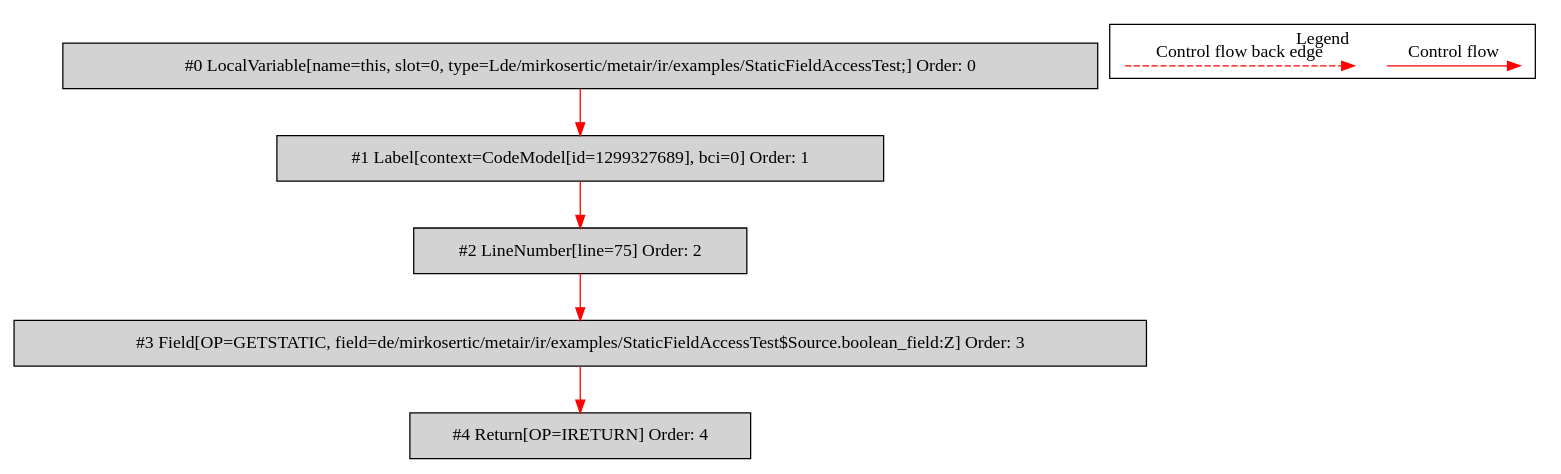
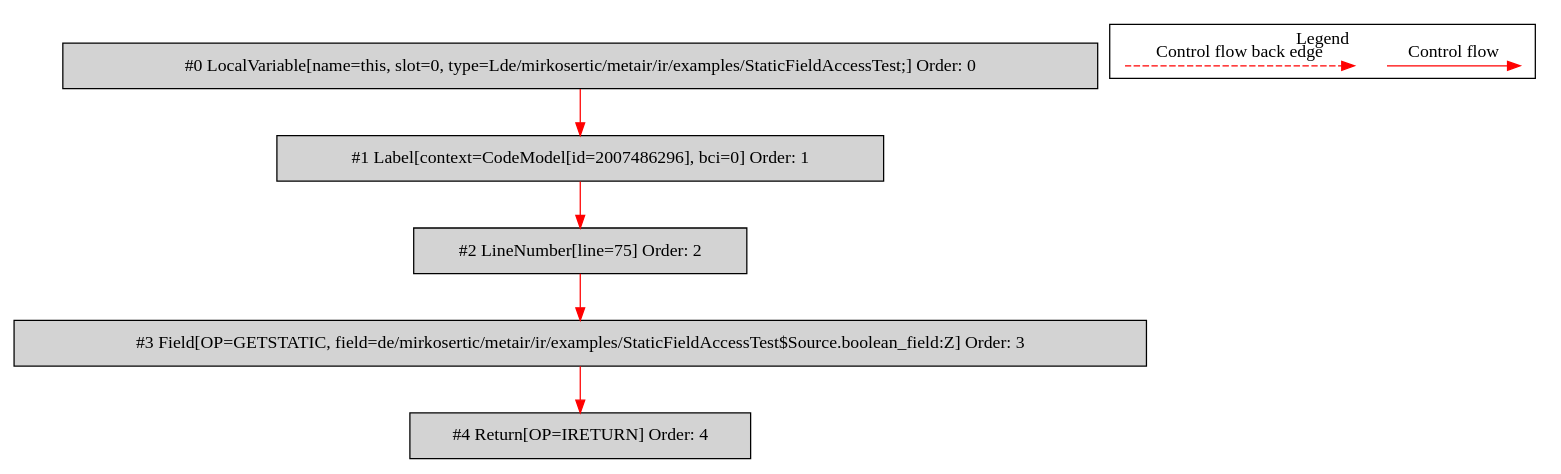
One commit to mirkosertic/MetaIR changed the diagram in de.mirkosertic.metair.ir.examples.StaticFieldAccessTest/return_boolean/bytecodecfg.dot. Above: the diagram before and after it, drawn with Graphviz. The commit also changed 1418 other files, not shown here.

```diff
--- a/de.mirkosertic.metair.ir.examples.StaticFieldAccessTest/return_boolean/bytecodecfg.dot
+++ b/de.mirkosertic.metair.ir.examples.StaticFieldAccessTest/return_boolean/bytecodecfg.dot
@@ -1,26 +1,26 @@
 digraph {
  ordering="in";
  node0[label="#0 LocalVariable[name=this, slot=0, type=Lde/mirkosertic/metair/ir/examples/StaticFieldAccessTest;] Order: 0", shape=box, fillcolor=lightgrey, style=filled];
- node1[label="#1 Label[context=CodeModel[id=1299327689], bci=0] Order: 1", shape=box, fillcolor=lightgrey, style=filled];
+ node1[label="#1 Label[context=CodeModel[id=2007486296], bci=0] Order: 1", shape=box, fillcolor=lightgrey, style=filled];
  node2[label="#2 LineNumber[line=75] Order: 2", shape=box, fillcolor=lightgrey, style=filled];
  node3[label="#3 Field[OP=GETSTATIC, field=de/mirkosertic/metair/ir/examples/StaticFieldAccessTest$Source.boolean_field:Z] Order: 3", shape=box, fillcolor=lightgrey, style=filled];
  node4[label="#4 Return[OP=IRETURN] Order: 4", shape=box, fillcolor=lightgrey, style=filled];
  node0 -> node1[color=red];
  node1 -> node2[color=red];
  node2 -> node3[color=red];
  node3 -> node4[color=red];
  subgraph cluster_000 {
   label = "Legend";
   node [shape=point]
   {
    rank=same;
    c0 [style = invis];
    c1 [style = invis];
    c2 [style = invis];
    c3 [style = invis];
   }
   c0 -> c1 [label="Control flow", style=solid, color=red]
   c2 -> c3 [label="Control flow back edge", style=dashed, color=red]
  }
 
 }
```
